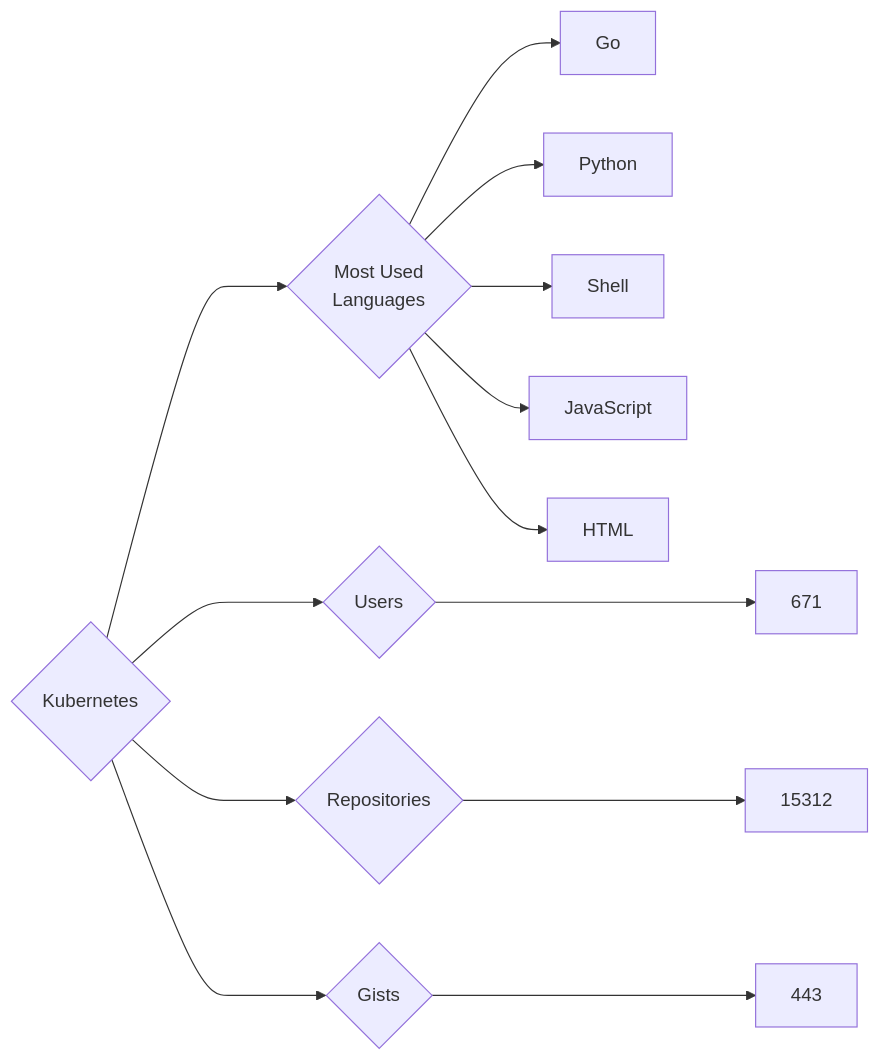
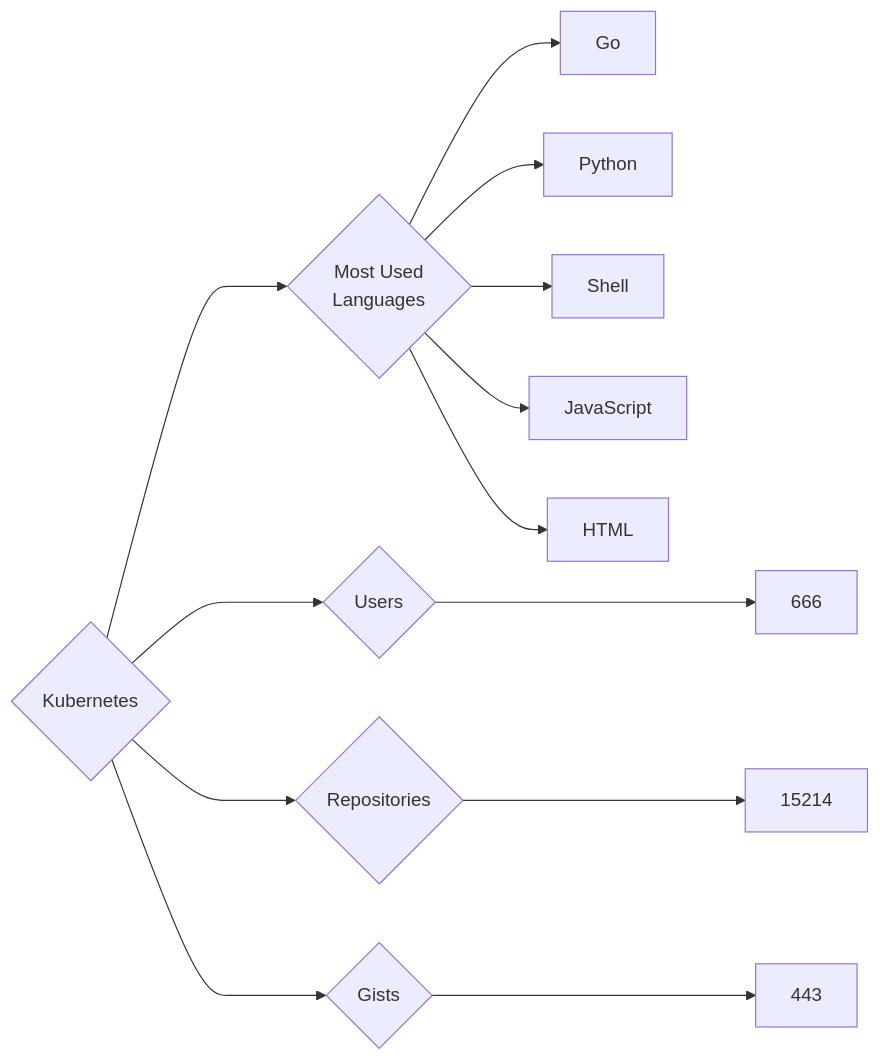
The diagram in targets/Kubernetes/README.md (trickest/insiders), drawn with Mermaid before and after one commit. The commit also changed 838 other files, not shown here.

````diff
--- a/targets/Kubernetes/README.md
+++ b/targets/Kubernetes/README.md
@@ -3,13 +3,13 @@
 ```mermaid
 graph LR
 COMPANY_NAME{Kubernetes}
-COMPANY_NAME ---> U{Users} ---> UN[671]
-COMPANY_NAME ---> R{Repositories} ---> RN[15312]
+COMPANY_NAME ---> U{Users} ---> UN[666]
+COMPANY_NAME ---> R{Repositories} ---> RN[15214]
 COMPANY_NAME ---> G{Gists} ---> GN[443]
 COMPANY_NAME ---> ML{Most Used<br>Languages}
 ML --> Go[Go]
 ML --> Python[Python]
 ML --> Shell[Shell]
 ML --> JavaScript[JavaScript]
 ML --> HTML[HTML]
 ```
````
